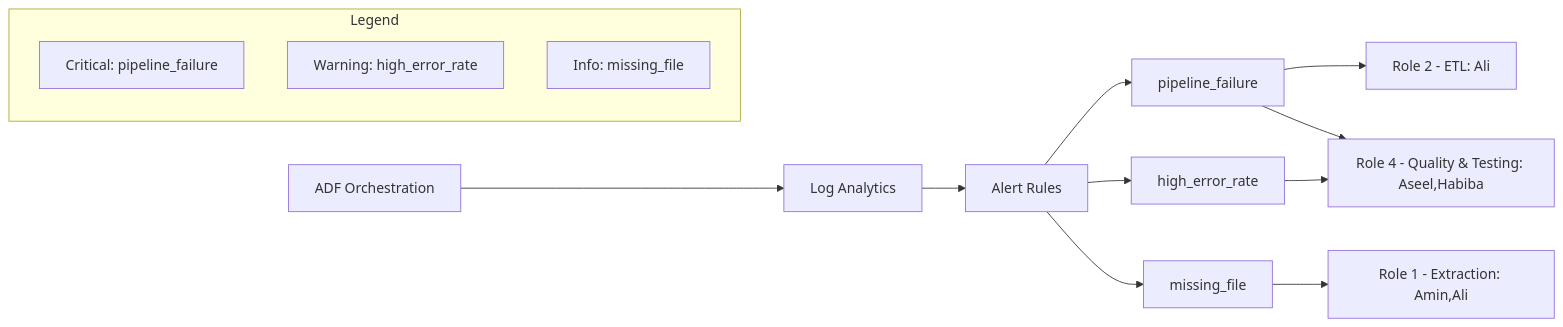
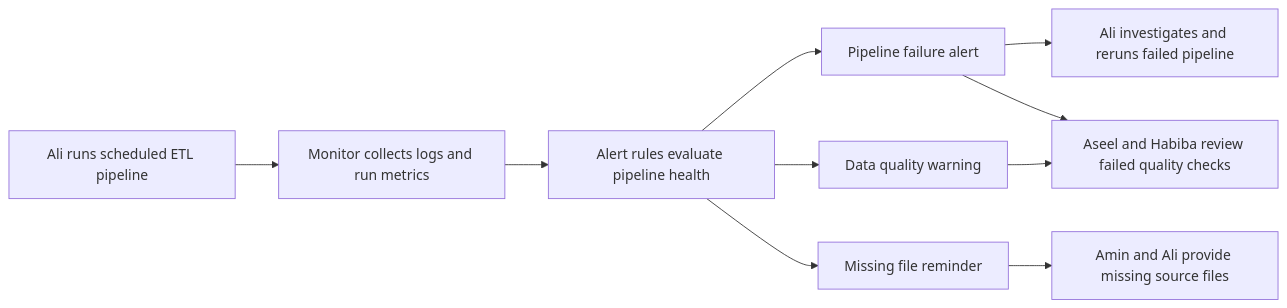
The fifth of 8 diagrams in docs/diagrams.md (Ali-Hegazy-Ai/customer-data-etl), drawn with Mermaid before and after one commit. The commit also changed other lines of this file and 1 other file, not shown here.

Commit message:
docs: Rewrite project diagrams with more descriptive titles and narrative explanations, explicitly detailing team member responsibilities.

````diff
--- a/docs/diagrams.md
+++ b/docs/diagrams.md
@@ -133,19 +75,14 @@
 ```mermaid
 flowchart LR
-    ADF["ADF Orchestration"] --> LA["Log Analytics"]
-    LA --> AR["Alert Rules"]
-    AR --> pf["pipeline_failure"]
-    AR --> her["high_error_rate"]
-    AR --> mf["missing_file"]
+    A1["Ali runs scheduled ETL pipeline"] --> A2["Monitor collects logs and run metrics"]
+    A2 --> A3["Alert rules evaluate pipeline health"]
 
-    pf --> r2["Role 2 - ETL: Ali"]
-    pf --> r4["Role 4 - Quality & Testing: Aseel,Habiba"]
-    her --> r4
-    mf --> r1["Role 1 - Extraction: Amin,Ali"]
+    A3 --> A4["Pipeline failure alert"]
+    A3 --> A5["Data quality warning"]
+    A3 --> A6["Missing file reminder"]
 
-    subgraph Legend
-        Crit["Critical: pipeline_failure"]
-        Warn["Warning: high_error_rate"]
-        Info["Info: missing_file"]
-    end
+    A4 --> A7["Ali investigates and reruns failed pipeline"]
+    A4 --> A8["Aseel and Habiba review failed quality checks"]
+    A5 --> A8
+    A6 --> A9["Amin and Ali provide missing source files"]
 ```
````
